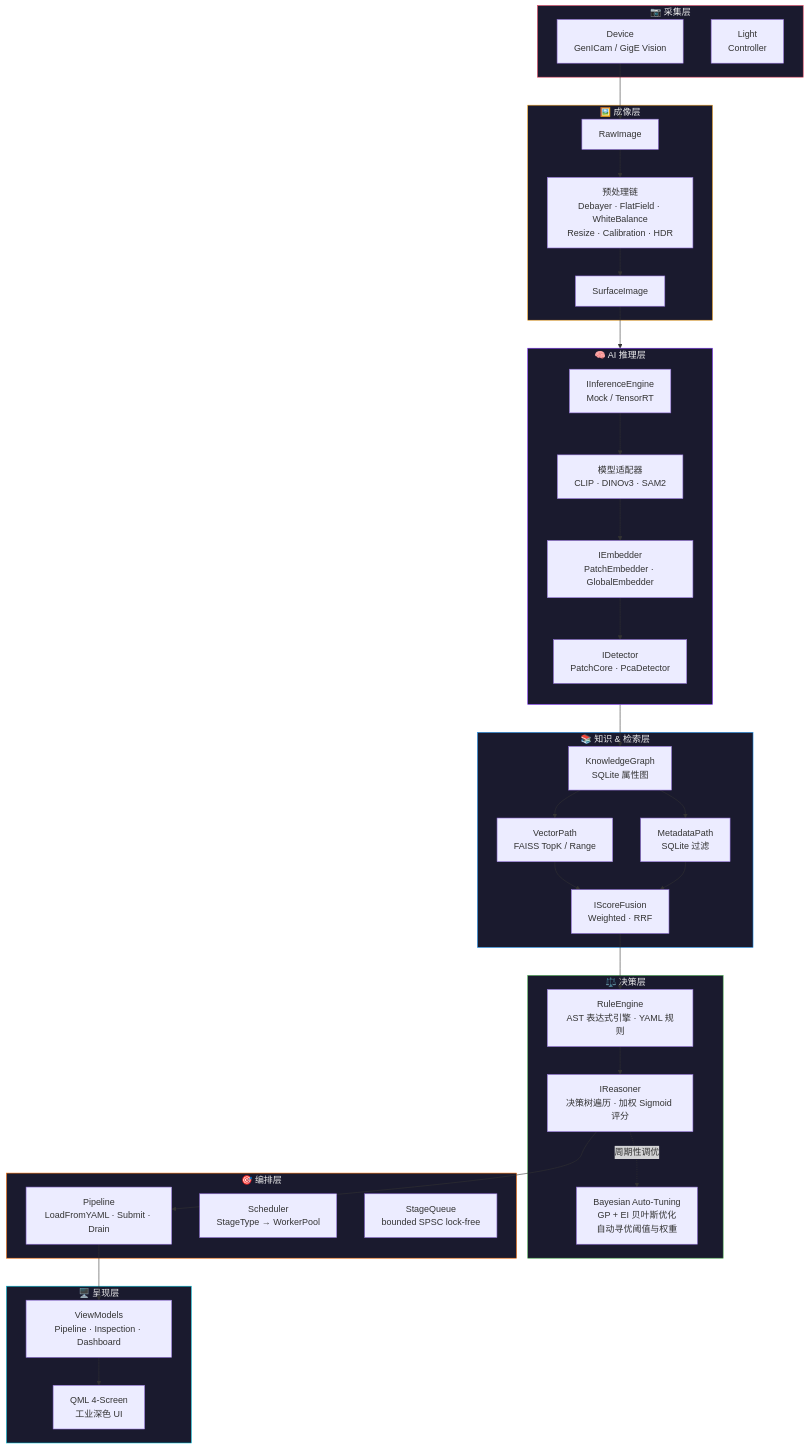
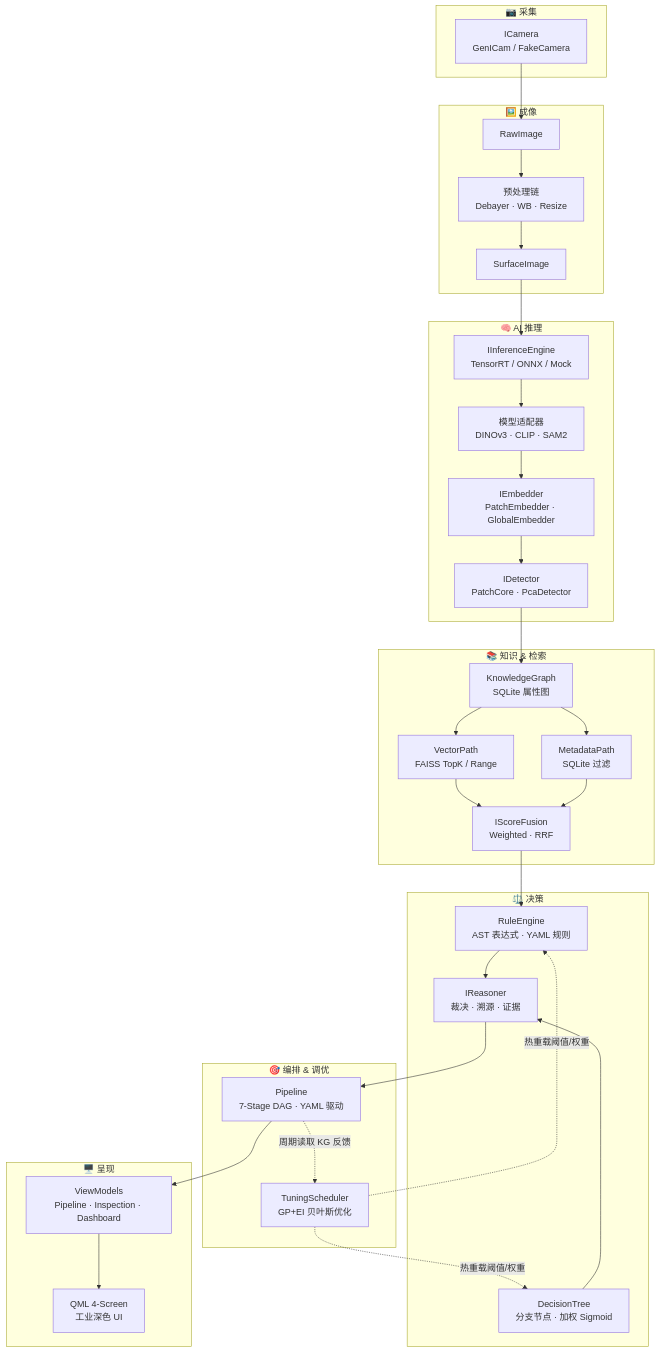
The diagram in README.md (celien99/surface-ai), drawn with Mermaid before and after one commit. The commit also changed other lines of this file and 1 other file, not shown here.

````diff
--- a/README.md
+++ b/README.md
@@ -19,63 +25,56 @@
 ```mermaid
 graph TB
-    subgraph Acquisition["📷 采集层"]
-        Device["Device<br/>GenICam / GigE Vision"]
-        Lighting["Light<br/>Controller"]
+    subgraph L1["📷 采集"]
+        Camera["ICamera<br/>GenICam / FakeCamera"]
     end
 
-    subgraph Imaging["🖼️ 成像层"]
-        Raw["RawImage"] --> Preprocess["预处理链<br/>Debayer · FlatField · WhiteBalance<br/>Resize · Calibration · HDR"]
-        Preprocess --> Surface["SurfaceImage"]
+    subgraph L2["🖼️ 成像"]
+        Raw["RawImage"] --> Pipe["预处理链<br/>Debayer · WB · Resize"]
+        Pipe --> Surf["SurfaceImage"]
     end
 
-    subgraph AI["🧠 AI 推理层"]
-        direction TB
-        Engine["IInferenceEngine<br/>Mock / TensorRT"]
-        Adapters["模型适配器<br/>CLIP · DINOv3 · SAM2"]
-        Embedder["IEmbedder<br/>PatchEmbedder · GlobalEmbedder"]
-        Detector["IDetector<br/>PatchCore · PcaDetector"]
-        Engine --> Adapters --> Embedder --> Detector
+    subgraph L3["🧠 AI 推理"]
+        Engine["IInferenceEngine<br/>TensorRT / ONNX / Mock"]
+        Adapt["模型适配器<br/>DINOv3 · CLIP · SAM2"]
+        Emb["IEmbedder<br/>PatchEmbedder · GlobalEmbedder"]
+        Det["IDetector<br/>PatchCore · PcaDetector"]
+        Engine --> Adapt --> Emb --> Det
     end
 
-    subgraph Knowledge["📚 知识 & 检索层"]
+    subgraph L4["📚 知识 & 检索"]
         KG["KnowledgeGraph<br/>SQLite 属性图"]
         VP["VectorPath<br/>FAISS TopK / Range"]
         MP["MetadataPath<br/>SQLite 过滤"]
         Fusion["IScoreFusion<br/>Weighted · RRF"]
         KG --> VP & MP --> Fusion
     end
 
-    subgraph Decision["⚖️ 决策层"]
-        Rule["RuleEngine<br/>AST 表达式引擎 · YAML 规则"]
-        Reasoner["IReasoner<br/>决策树遍历 · 加权 Sigmoid 评分"]
-        Tuning["Bayesian Auto-Tuning<br/>GP + EI 贝叶斯优化<br/>自动寻优阈值与权重"]
-        Rule --> Reasoner
-        Reasoner -.->|周期性调优| Tuning
+    subgraph L5["⚖️ 决策"]
+        Rule["RuleEngine<br/>AST 表达式 · YAML 规则"]
+        Tree["DecisionTree<br/>分支节点 · 加权 Sigmoid"]
+        Reason["IReasoner<br/>裁决 · 溯源 · 证据"]
+        Rule --> Reason
+        Tree --> Reason
     end
 
-    subgraph Orchestration["🎯 编排层"]
-        Pipeline["Pipeline<br/>LoadFromYAML · Submit · Drain"]
-        Scheduler["Scheduler<br/>StageType → WorkerPool"]
-        Queue["StageQueue<br/>bounded SPSC lock-free"]
+    subgraph L6["🎯 编排 & 调优"]
+        PL["Pipeline<br/>7-Stage DAG · YAML 驱动"]
+        Tune["TuningScheduler<br/>GP+EI 贝叶斯优化"]
+        PL -.->|周期读取 KG 反馈| Tune
+        Tune -.->|热重载阈值/权重| Rule
+        Tune -.->|热重载阈值/权重| Tree
     end
 
-    subgraph Viz["🖥️ 呈现层"]
-        ViewModel["ViewModels<br/>Pipeline · Inspection · Dashboard"]
-        QML["QML 4-Screen<br/>工业深色 UI"]
+    subgraph L7["🖥️ 呈现"]
+        VM["ViewModels<br/>Pipeline · Inspection · Dashboard"]
+        UI["QML 4-Screen<br/>工业深色 UI"]
+        VM --> UI
     end
 
-    Device --> Raw
-    Surface --> Engine
-    Detector --> KG
+    Camera --> Raw
+    Surf --> Engine
+    Det --> KG
     Fusion --> Rule
-    Reasoner --> Pipeline
-    Pipeline --> ViewModel --> QML
-
-    style Acquisition fill:#1a1a2e,stroke:#e94560,color:#eee
-    style Imaging fill:#1a1a2e,stroke:#f5a623,color:#eee
-    style AI fill:#1a1a2e,stroke:#7b2ff7,color:#eee
-    style Knowledge fill:#1a1a2e,stroke:#2196f3,color:#eee
-    style Decision fill:#1a1a2e,stroke:#4caf50,color:#eee
-    style Orchestration fill:#1a1a2e,stroke:#ff6d00,color:#eee
-    style Viz fill:#1a1a2e,stroke:#00bcd4,color:#eee
+    Reason --> PL
+    PL --> VM
 ```
````
